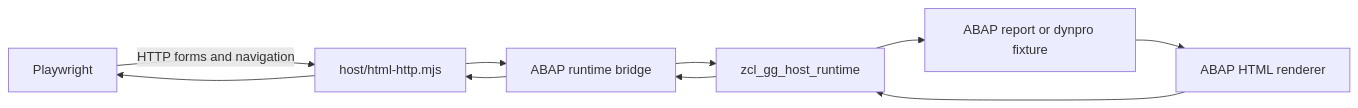
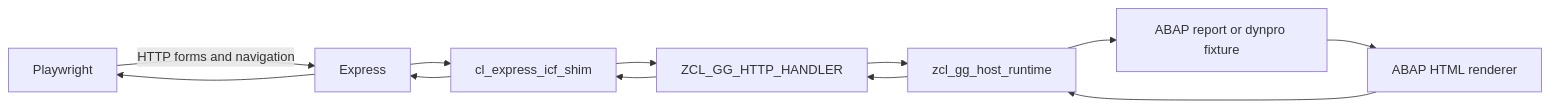
One commit to open-abap/open-abap-gui changed the diagram in scaffold/PLAN4.md. Above: the diagram before and after it, drawn with Mermaid. The commit also changed other lines of this file and 11 other files, not shown here.

````diff
--- a/scaffold/PLAN4.md
+++ b/scaffold/PLAN4.md
@@ -52,12 +54,14 @@
 ```mermaid
 flowchart LR
-  PW[Playwright] -->|HTTP forms and navigation| HTTP[host/html-http.mjs]
-  HTTP --> BRIDGE[ABAP runtime bridge]
-  BRIDGE --> RT[zcl_gg_host_runtime]
+  PW[Playwright] -->|HTTP forms and navigation| HTTP[Express]
+  HTTP --> SHIM[cl_express_icf_shim]
+  SHIM --> HANDLER[ZCL_GG_HTTP_HANDLER]
+  HANDLER --> RT[zcl_gg_host_runtime]
   RT --> REPORT[ABAP report or dynpro fixture]
   REPORT --> RENDERER[ABAP HTML renderer]
   RENDERER --> RT
-  RT --> BRIDGE
-  BRIDGE --> HTTP
+  RT --> HANDLER
+  HANDLER --> SHIM
+  SHIM --> HTTP
   HTTP --> PW
 ```
````
